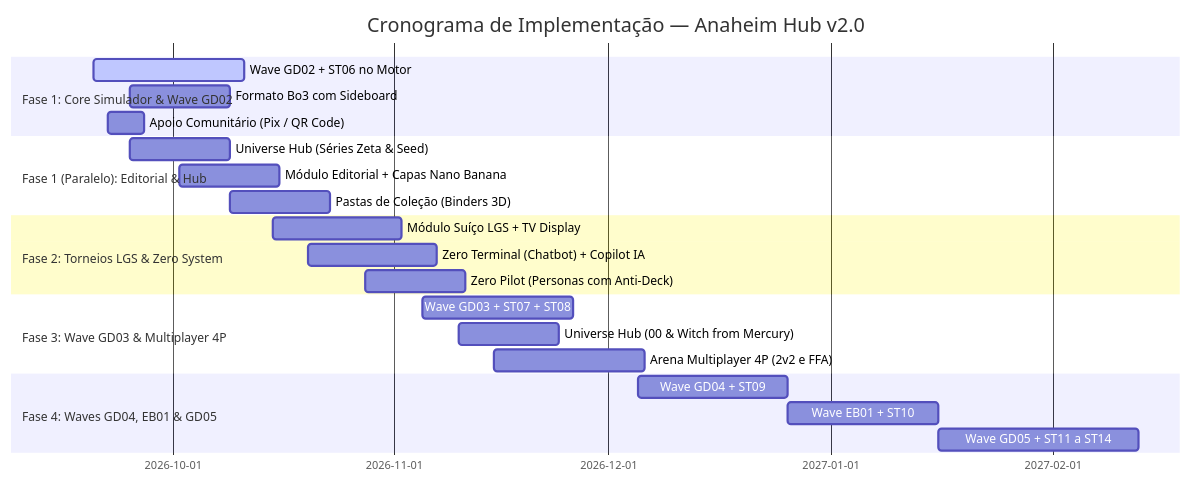
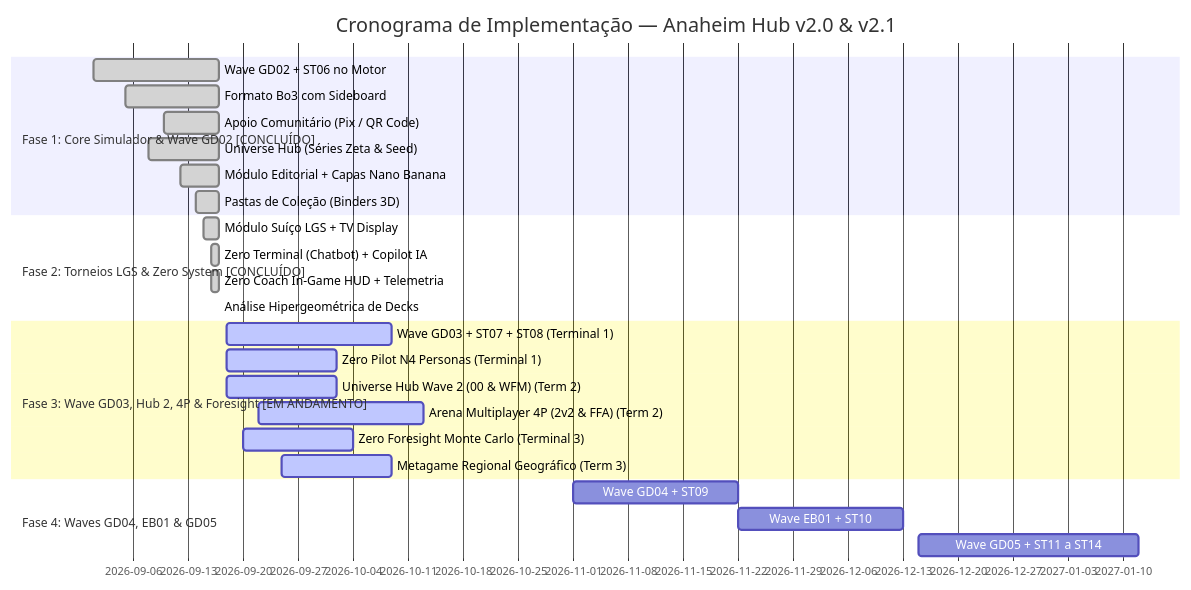
The diagram in docs/54-plano-mestre-evolucao-sistema-e-zero-system.md (WillenWorks/portal-gundam-tcg-br), drawn with Mermaid before and after one commit. The commit also changed other lines of this file and 7 other files, not shown here.

Commit message:
docs(roadmap): consolida v2.0 e orquestra Fase 3 multi-agente (prompts, docs 54/55 e scripts)

````diff
--- a/docs/54-plano-mestre-evolucao-sistema-e-zero-system.md
+++ b/docs/54-plano-mestre-evolucao-sistema-e-zero-system.md
@@ -279,25 +282,28 @@
 ```mermaid
 gantt
-    title Cronograma de Implementação — Anaheim Hub v2.0
+    title Cronograma de Implementação — Anaheim Hub v2.0 & v2.1
     dateFormat  YYYY-MM-DD
-    section Fase 1: Core Simulador & Wave GD02
-    Wave GD02 + ST06 no Motor              :active, 2026-09-20, 21d
-    Formato Bo3 com Sideboard              :2026-09-25, 14d
-    Apoio Comunitário (Pix / QR Code)      :2026-09-22, 5d
-    section Fase 1 (Paralelo): Editorial & Hub
-    Universe Hub (Séries Zeta & Seed)      :2026-09-25, 14d
-    Módulo Editorial + Capas Nano Banana   :2026-10-02, 14d
-    Pastas de Coleção (Binders 3D)         :2026-10-09, 14d
-    section Fase 2: Torneios LGS & Zero System
-    Módulo Suíço LGS + TV Display          :2026-10-15, 18d
-    Zero Terminal (Chatbot) + Copilot IA   :2026-10-20, 18d
-    Zero Pilot (Personas com Anti-Deck)    :2026-10-28, 14d
-    section Fase 3: Wave GD03 & Multiplayer 4P
-    Wave GD03 + ST07 + ST08                :2026-11-05, 21d
-    Universe Hub (00 & Witch from Mercury) :2026-11-10, 14d
-    Arena Multiplayer 4P (2v2 e FFA)       :2026-11-15, 21d
+    section Fase 1: Core Simulador & Wave GD02 [CONCLUÍDO]
+    Wave GD02 + ST06 no Motor              :done, 2026-09-01, 2026-09-17
+    Formato Bo3 com Sideboard              :done, 2026-09-05, 2026-09-17
+    Apoio Comunitário (Pix / QR Code)      :done, 2026-09-10, 2026-09-17
+    Universe Hub (Séries Zeta & Seed)      :done, 2026-09-08, 2026-09-17
+    Módulo Editorial + Capas Nano Banana   :done, 2026-09-12, 2026-09-17
+    Pastas de Coleção (Binders 3D)         :done, 2026-09-14, 2026-09-17
+    section Fase 2: Torneios LGS & Zero System [CONCLUÍDO]
+    Módulo Suíço LGS + TV Display          :done, 2026-09-15, 2026-09-17
+    Zero Terminal (Chatbot) + Copilot IA   :done, 2026-09-16, 2026-09-17
+    Zero Coach In-Game HUD + Telemetria    :done, 2026-09-16, 2026-09-17
+    Análise Hipergeométrica de Decks        :done, 2026-09-17, 2026-09-17
+    section Fase 3: Wave GD03, Hub 2, 4P & Foresight [EM ANDAMENTO]
+    Wave GD03 + ST07 + ST08 (Terminal 1)   :active, 2026-09-18, 21d
+    Zero Pilot N4 Personas (Terminal 1)    :active, 2026-09-18, 14d
+    Universe Hub Wave 2 (00 & WFM) (Term 2):active, 2026-09-18, 14d
+    Arena Multiplayer 4P (2v2 & FFA) (Term 2):active, 2026-09-22, 21d
+    Zero Foresight Monte Carlo (Terminal 3):active, 2026-09-20, 14d
+    Metagame Regional Geográfico (Term 3)  :active, 2026-09-25, 14d
     section Fase 4: Waves GD04, EB01 & GD05
-    Wave GD04 + ST09                       :2026-12-05, 21d
-    Wave EB01 + ST10                       :2026-12-26, 21d
-    Wave GD05 + ST11 a ST14                :2027-01-16, 28d
+    Wave GD04 + ST09                       :2026-11-01, 21d
+    Wave EB01 + ST10                       :2026-11-22, 21d
+    Wave GD05 + ST11 a ST14                :2026-12-15, 28d
 ```
````
